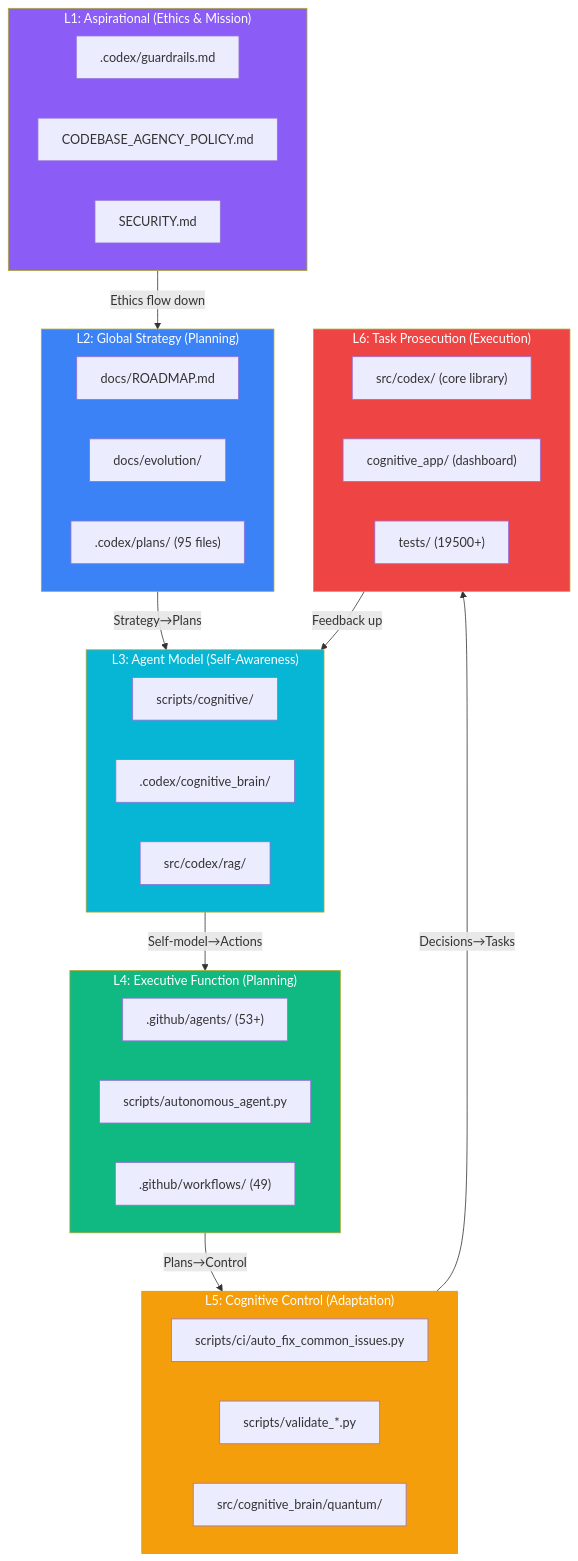
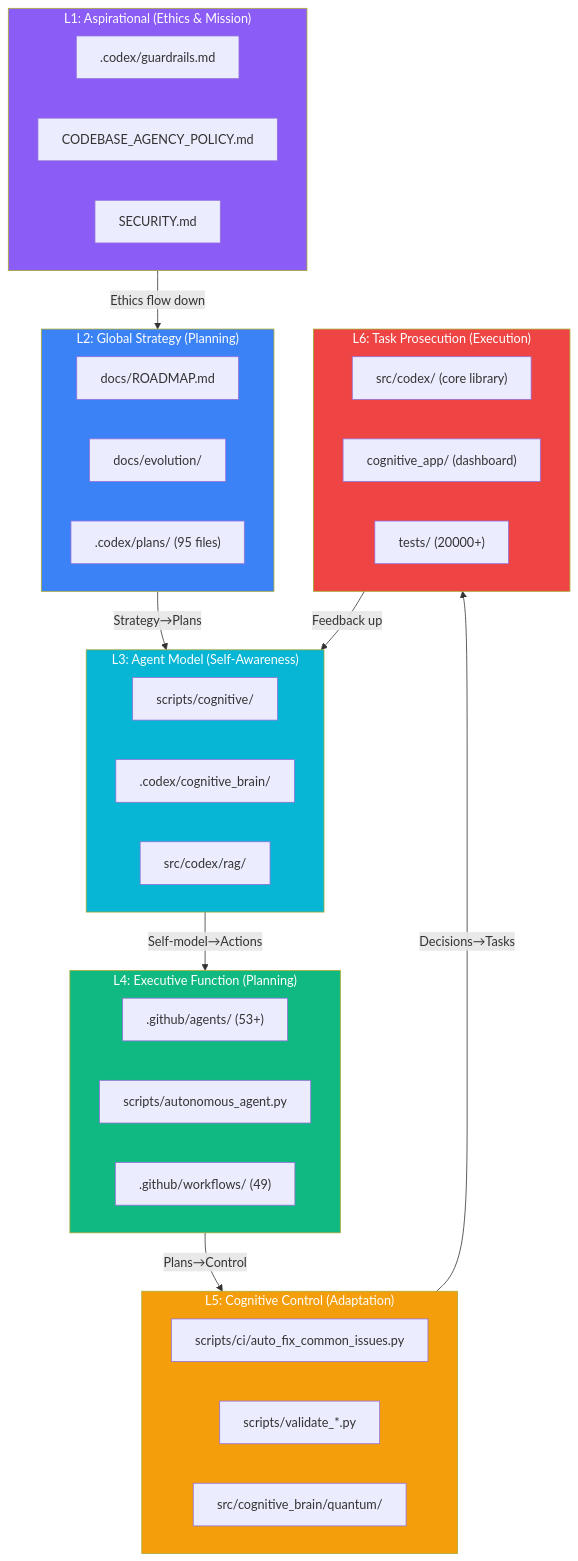
The diagram in docs/evolution/COGNITIVE_CODEBASE_MAP.md (Aries-Serpent/_codex_), drawn with Mermaid before and after one commit. The commit also changed other lines of this file and 32 other files, not shown here.

````diff
--- a/docs/evolution/COGNITIVE_CODEBASE_MAP.md
+++ b/docs/evolution/COGNITIVE_CODEBASE_MAP.md
@@ -12,52 +12,52 @@
 ```mermaid
 graph TD
     subgraph L1["L1: Aspirational (Ethics & Mission)"]
         E1[".codex/guardrails.md"]
         E2["CODEBASE_AGENCY_POLICY.md"]
         E3["SECURITY.md"]
     end
 
     subgraph L2["L2: Global Strategy (Planning)"]
         S1["docs/ROADMAP.md"]
         S2["docs/evolution/"]
         S3[".codex/plans/ (95 files)"]
     end
 
     subgraph L3["L3: Agent Model (Self-Awareness)"]
         M1["scripts/cognitive/"]
         M2[".codex/cognitive_brain/"]
         M3["src/codex/rag/"]
     end
 
     subgraph L4["L4: Executive Function (Planning)"]
         X1[".github/agents/ (53+)"]
         X2["scripts/autonomous_agent.py"]
         X3[".github/workflows/ (49)"]
     end
 
     subgraph L5["L5: Cognitive Control (Adaptation)"]
         C1["scripts/ci/auto_fix_common_issues.py"]
         C2["scripts/validate_*.py"]
         C3["src/cognitive_brain/quantum/"]
     end
 
     subgraph L6["L6: Task Prosecution (Execution)"]
         T1["src/codex/ (core library)"]
         T2["cognitive_app/ (dashboard)"]
-        T3["tests/ (19500+)"]
+        T3["tests/ (20000+)"]
     end
 
     L1 -->|"Ethics flow down"| L2
     L2 -->|"Strategy→Plans"| L3
     L3 -->|"Self-model→Actions"| L4
     L4 -->|"Plans→Control"| L5
     L5 -->|"Decisions→Tasks"| L6
     L6 -->|"Feedback up"| L3
 
     style L1 fill:#8b5cf6,color:#fff
     style L2 fill:#3b82f6,color:#fff
     style L3 fill:#06b6d4,color:#fff
     style L4 fill:#10b981,color:#fff
     style L5 fill:#f59e0b,color:#fff
     style L6 fill:#ef4444,color:#fff
 ```
````
